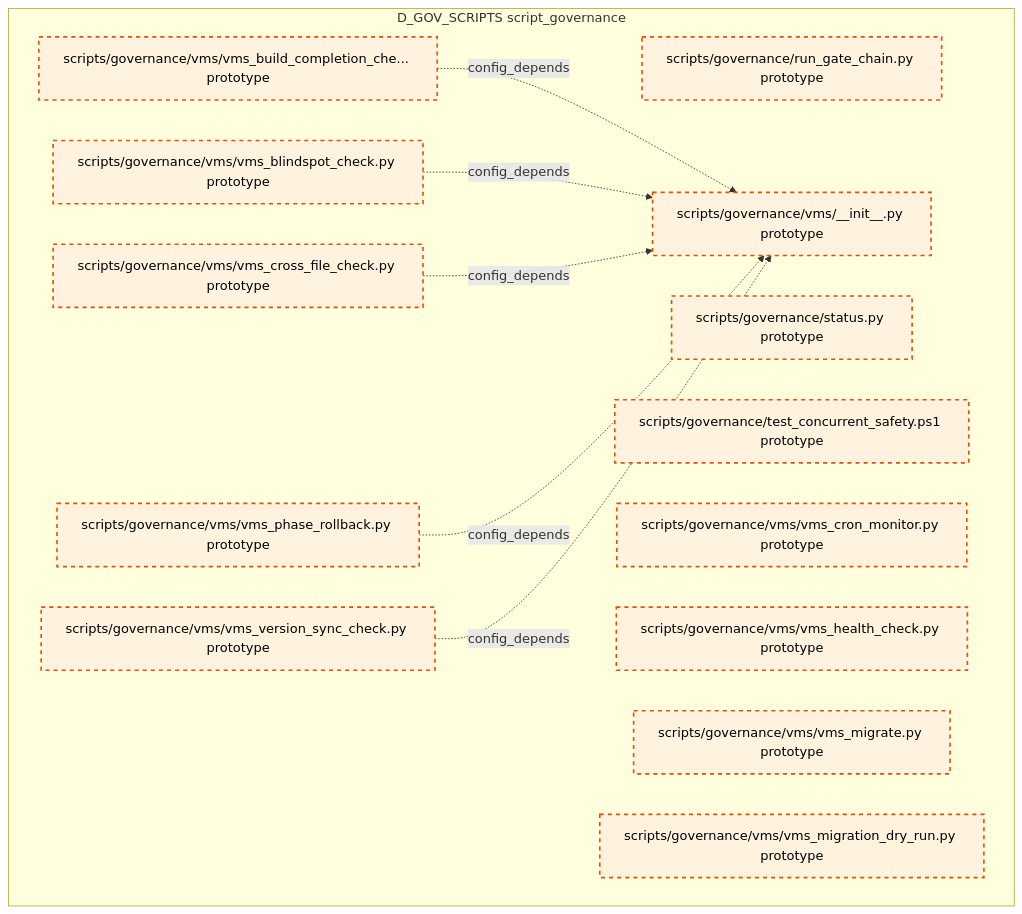
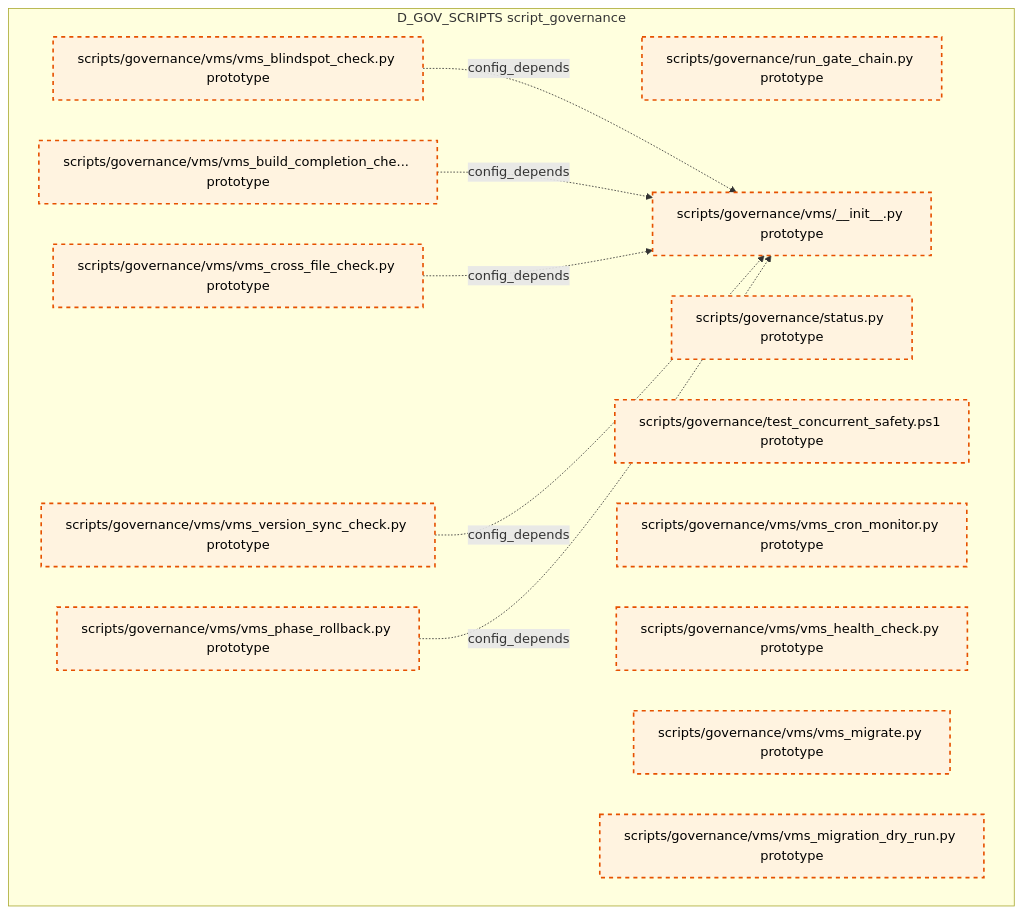
Before and after one commit to xuanFelixVan/ZephyrAlpha: diagram 15 of 15 in docs/02_enterprise_architecture/02_domain_architecture_docs/36_d_gov_scripts.md, drawn with Mermaid. The commit also changed other lines of this file and 99 other files, not shown here.

````diff
--- a/docs/02_enterprise_architecture/02_domain_architecture_docs/36_d_gov_scripts.md
+++ b/docs/02_enterprise_architecture/02_domain_architecture_docs/36_d_gov_scripts.md
@@ -1008,28 +1007,28 @@
 ```mermaid
 graph TD
     subgraph D_GOV_SCRIPTS["D_GOV_SCRIPTS script_governance"]
         scripts_governance_run_gate_chain_py["scripts/governance/run_gate_chain.py prototype"]
         scripts_governance_status_py["scripts/governance/status.py prototype"]
         scripts_governance_test_concurrent_safety_ps1["scripts/governance/test_concurrent_safety.ps1 prototype"]
         scripts_governance_vms_init_py["scripts/governance/vms/__init__.py prototype"]
         scripts_governance_vms_vms_blindspot_check_py["scripts/governance/vms/vms_blindspot_check.py prototype"]
         scripts_governance_vms_vms_build_completion_check_py["scripts/governance/vms/vms_build_completion_che... prototype"]
         scripts_governance_vms_vms_cron_monitor_py["scripts/governance/vms/vms_cron_monitor.py prototype"]
         scripts_governance_vms_vms_cross_file_check_py["scripts/governance/vms/vms_cross_file_check.py prototype"]
         scripts_governance_vms_vms_health_check_py["scripts/governance/vms/vms_health_check.py prototype"]
         scripts_governance_vms_vms_migrate_py["scripts/governance/vms/vms_migrate.py prototype"]
         scripts_governance_vms_vms_migration_dry_run_py["scripts/governance/vms/vms_migration_dry_run.py prototype"]
         scripts_governance_vms_vms_phase_rollback_py["scripts/governance/vms/vms_phase_rollback.py prototype"]
         scripts_governance_vms_vms_version_sync_check_py["scripts/governance/vms/vms_version_sync_check.py prototype"]
     end
+    scripts_governance_vms_vms_blindspot_check_py -.->|config_depends| scripts_governance_vms_init_py
     scripts_governance_vms_vms_build_completion_check_py -.->|config_depends| scripts_governance_vms_init_py
-    scripts_governance_vms_vms_blindspot_check_py -.->|config_depends| scripts_governance_vms_init_py
     scripts_governance_vms_vms_cross_file_check_py -.->|config_depends| scripts_governance_vms_init_py
+    scripts_governance_vms_vms_version_sync_check_py -.->|config_depends| scripts_governance_vms_init_py
     scripts_governance_vms_vms_phase_rollback_py -.->|config_depends| scripts_governance_vms_init_py
-    scripts_governance_vms_vms_version_sync_check_py -.->|config_depends| scripts_governance_vms_init_py
     classDef production fill:#e1f5fe,stroke:#01579b,stroke-width:2px,color:#000
     classDef design fill:#fff3e0,stroke:#e65100,stroke-width:2px,color:#000,stroke-dasharray: 5 5
     classDef external_prod fill:#e8f5e9,stroke:#1b5e20,stroke-width:1px,color:#000
     classDef external_design fill:#fce4ec,stroke:#880e4f,stroke-width:1px,color:#000,stroke-dasharray: 5 5
     class scripts_governance_run_gate_chain_py,scripts_governance_status_py,scripts_governance_test_concurrent_safety_ps1,scripts_governance_vms_init_py,scripts_governance_vms_vms_blindspot_check_py,scripts_governance_vms_vms_build_completion_check_py,scripts_governance_vms_vms_cron_monitor_py,scripts_governance_vms_vms_cross_file_check_py,scripts_governance_vms_vms_health_check_py,scripts_governance_vms_vms_migrate_py,scripts_governance_vms_vms_migration_dry_run_py,scripts_governance_vms_vms_phase_rollback_py,scripts_governance_vms_vms_version_sync_check_py design
 ```
````
